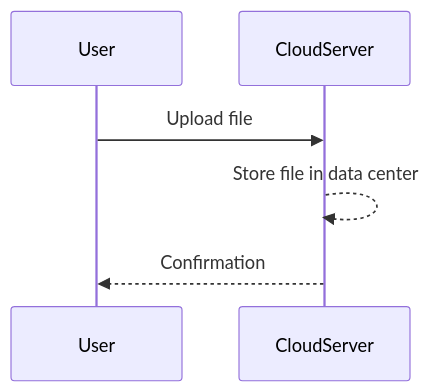
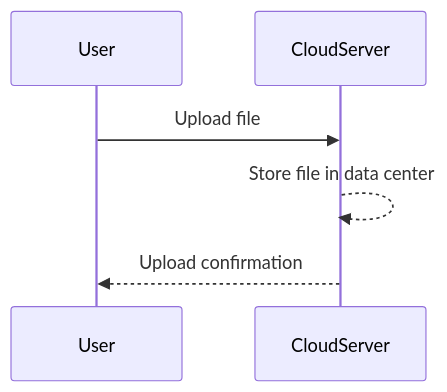
One commit to RajatBhapri/Rajat_fullstack changed the second of 5 diagrams in foundations/fullstack_drills/fullstack/tools-course/10-documentation-tips/large-exercise.md. Above: the diagram before and after it, drawn with Mermaid. The commit also changed other lines of this file, not shown here.

````diff
--- a/foundations/fullstack_drills/fullstack/tools-course/10-documentation-tips/large-exercise.md
+++ b/foundations/fullstack_drills/fullstack/tools-course/10-documentation-tips/large-exercise.md
@@ -19,9 +25,9 @@
 ```mermaid
 sequenceDiagram
 participant User
 participant CloudServer
 
 User->>CloudServer: Upload file
 CloudServer-->>CloudServer: Store file in data center
-CloudServer-->>User: Confirmation
+CloudServer-->>User: Upload confirmation
 ```
````
